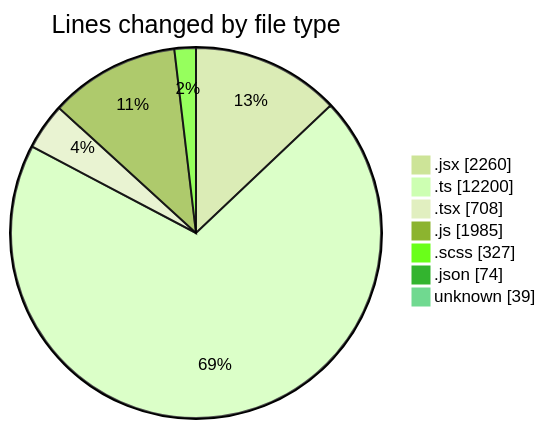
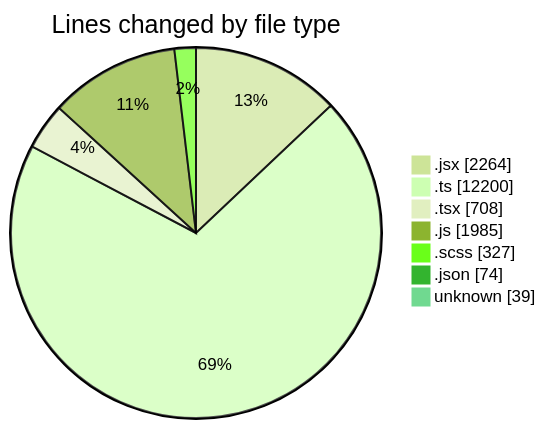
One commit to momahboobian/code-tracking changed the first of 2 diagrams in 2025-06-05/cda/README.md. Above: the diagram before and after it, drawn with Mermaid (forest theme). The commit also changed other lines of this file and 1 other file, not shown here.

````diff
--- a/2025-06-05/cda/README.md
+++ b/2025-06-05/cda/README.md
@@ -51,11 +51,11 @@
 ```mermaid
 pie showData
 title Lines changed by file type
-".jsx" : 2260
+".jsx" : 2264
 ".ts" : 12200
 ".tsx" : 708
 ".js" : 1985
 ".scss" : 327
 ".json" : 74
 "unknown" : 39
 ```
````
